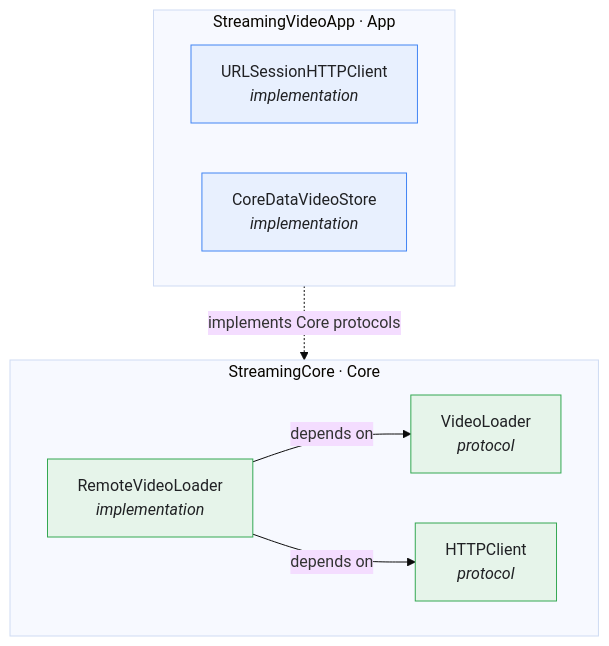
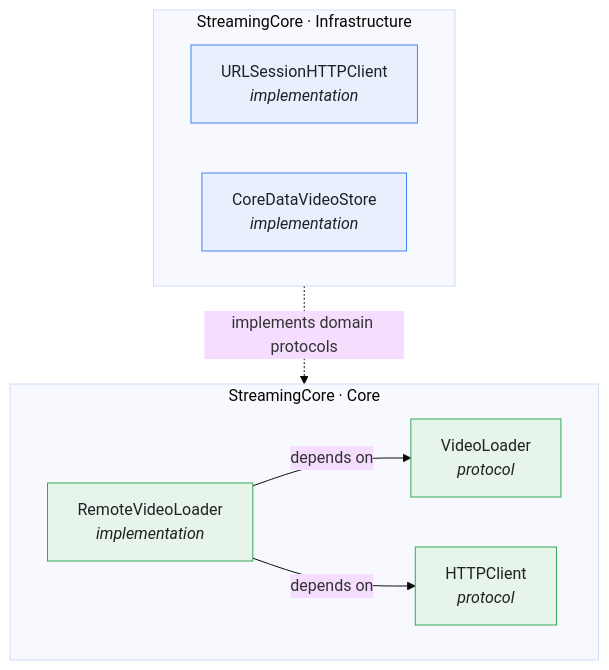
One commit to tattva20/StreamingVideoApp changed the diagram in docs/SOLID.md. Above: the diagram before and after it, drawn with Mermaid (base theme). The commit also changed other lines of this file and 20 other files, not shown here.

First line of the commit message:
Refresh docs to match current architecture

````diff
--- a/docs/SOLID.md
+++ b/docs/SOLID.md
@@ -324,20 +324,20 @@
 ```mermaid
 flowchart TB
     subgraph Core["StreamingCore · Core"]
         VL["VideoLoader<br/><i>protocol</i>"]
         HC["HTTPClient<br/><i>protocol</i>"]
         RVL["RemoteVideoLoader<br/><i>implementation</i>"]
         RVL -->|depends on| VL
         RVL -->|depends on| HC
     end
-    subgraph App["StreamingVideoApp · App"]
+    subgraph App["StreamingCore · Infrastructure"]
         US["URLSessionHTTPClient<br/><i>implementation</i>"]
         CD["CoreDataVideoStore<br/><i>implementation</i>"]
     end
-    App -.->|implements Core protocols| Core
+    App -.->|implements domain protocols| Core
 
     classDef core fill:#e6f4ea,stroke:#34a853,color:#202124;
     classDef app fill:#e8f0fe,stroke:#4285f4,color:#202124;
     class VL,HC,RVL core
     class US,CD app
 ```
````
